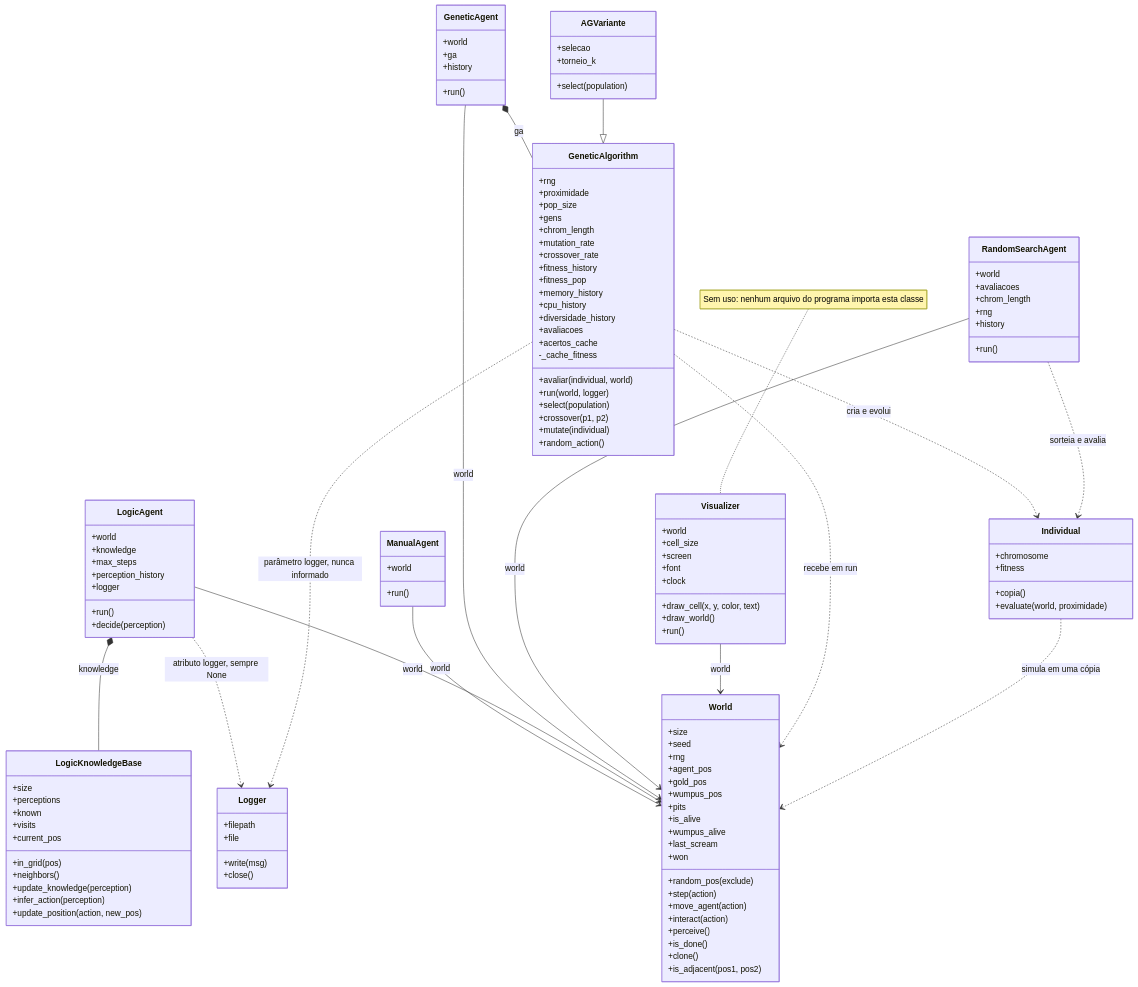
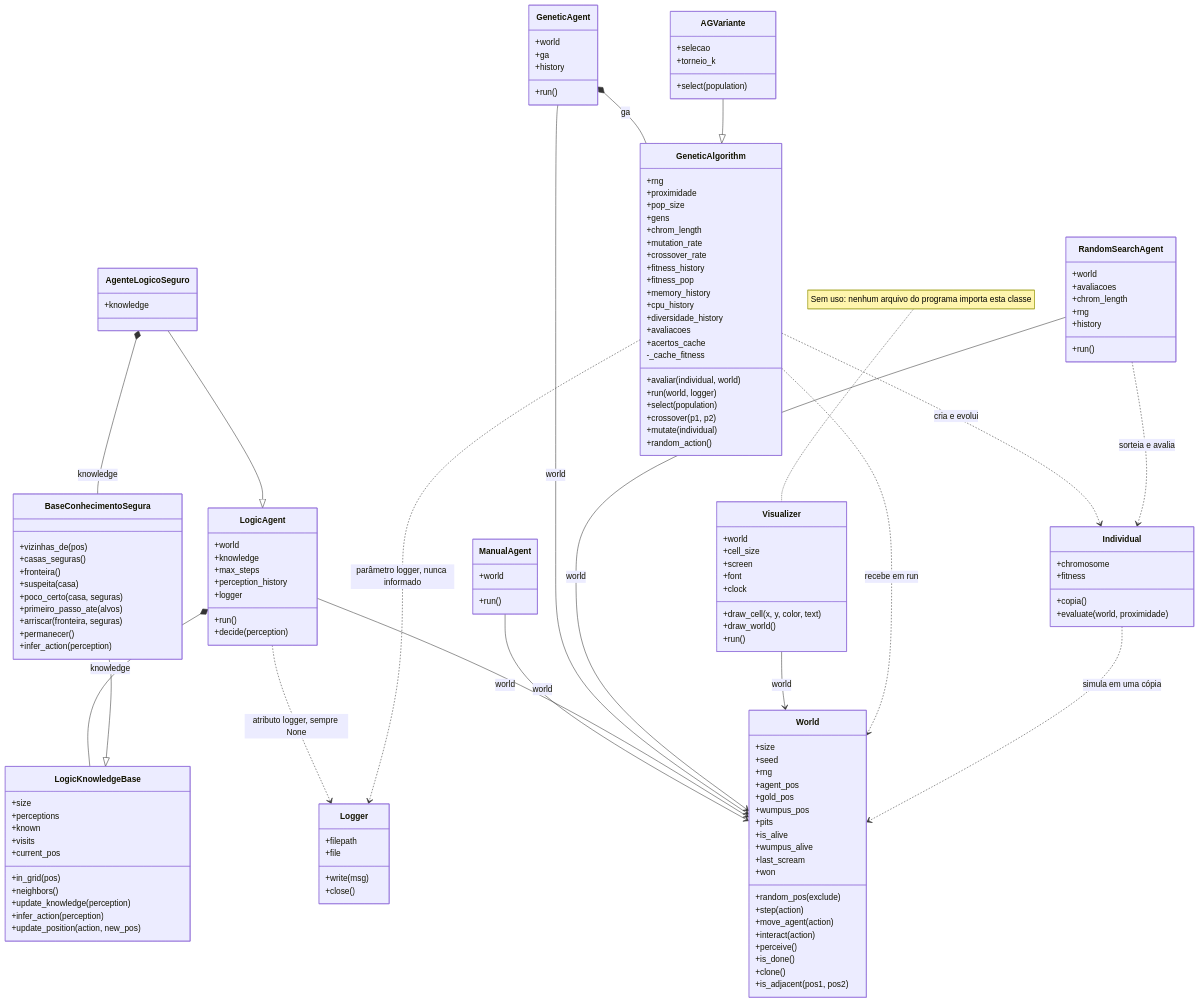
Before and after one commit to ingrid-kiki/wumpus_world_modular: the diagram in docs/arquitetura/classes.md, drawn with Mermaid. The commit also changed other lines of this file and 6 other files, not shown here.

First line of the commit message:
docs: documenta o agente logico_seguro

```diff
--- a/docs/arquitetura/classes.md
+++ b/docs/arquitetura/classes.md
@@ -53,6 +53,22 @@
         +update_knowledge(perception)
         +infer_action(perception)
         +update_position(action, new_pos)
+    }
+
+    class AgenteLogicoSeguro {
+        +knowledge
+    }
+
+    class BaseConhecimentoSegura {
+        +vizinhas_de(pos)
+        +casas_seguras()
+        +fronteira()
+        +suspeita(casa)
+        +poco_certo(casa, seguras)
+        +primeiro_passo_ate(alvos)
+        +arriscar(fronteira, seguras)
+        +permanecer()
+        +infer_action(perception)
     }
 
     class GeneticAgent {
@@ -135,6 +151,9 @@
     LogicAgent *-- LogicKnowledgeBase : knowledge
     GeneticAgent *-- GeneticAlgorithm : ga
     AGVariante --|> GeneticAlgorithm
+    AgenteLogicoSeguro --|> LogicAgent
+    BaseConhecimentoSegura --|> LogicKnowledgeBase
+    AgenteLogicoSeguro *-- BaseConhecimentoSegura : knowledge
 
     GeneticAlgorithm ..> Individual : cria e evolui
     RandomSearchAgent ..> Individual : sorteia e avalia
```
